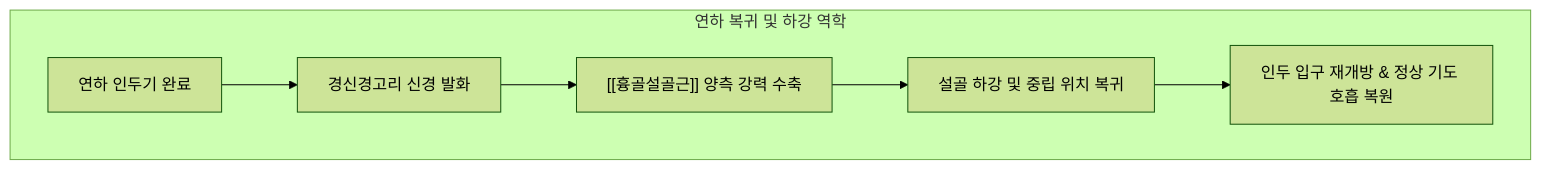
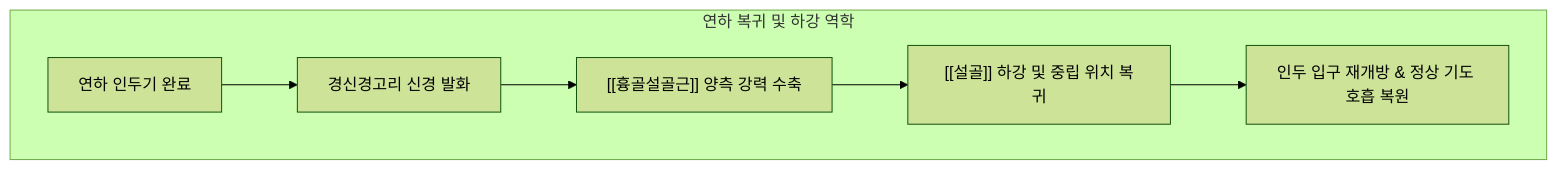
One commit to simbio11/simbio-digital-garden2 changed the second of 2 diagrams in content/1. 근골격계 공부/근육/(2) 경부/흉골설골근.md. Above: the diagram before and after it, drawn with Mermaid (forest theme). The commit also changed other lines of this file and 150 other files, not shown here.

````diff
--- a/content/1. 근골격계 공부/근육/(2) 경부/흉골설골근.md
+++ b/content/1. 근골격계 공부/근육/(2) 경부/흉골설골근.md
@@ -63,9 +74,9 @@
 ```mermaid
 flowchart TD
     subgraph SwallowingReset [연하 복귀 및 하강 역학]
         A["연하 인두기 완료"] --> B["경신경고리 신경 발화"]
         B --> C["[[흉골설골근]] 양측 강력 수축"]
-        C --> D["설골 하강 및 중립 위치 복귀"]
+        C --> D["[[설골]] 하강 및 중립 위치 복귀"]
         D --> E["인두 입구 재개방 & 정상 기도 호흡 복원"]
     end
 ```
````
